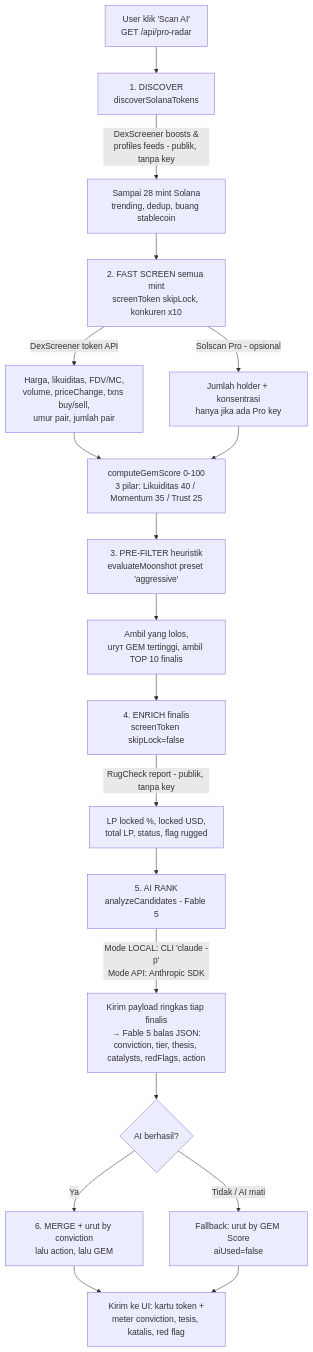
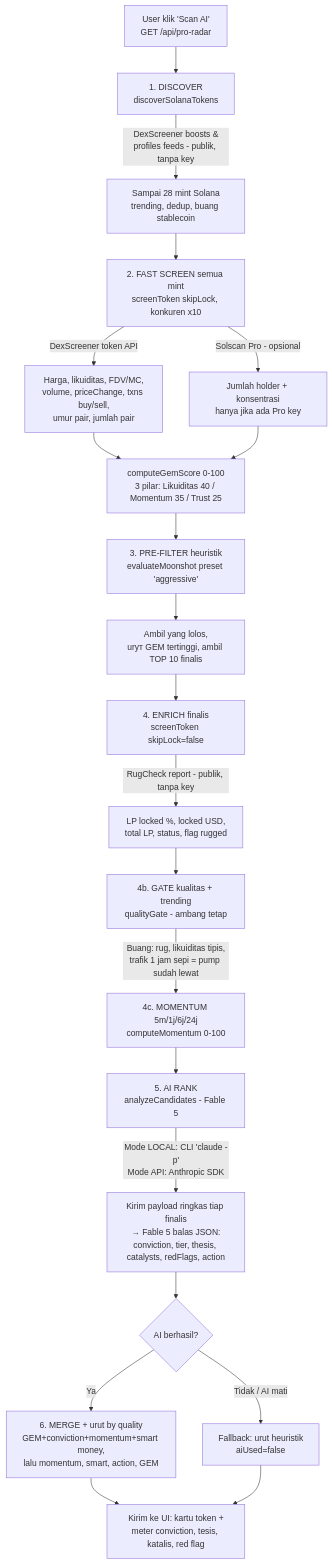
Before and after one commit to MohammadWildanAzamZami/Crypto-Sniper: the diagram in docs/PRO-RADAR.md, drawn with Mermaid. The commit also changed other lines of this file and 1 other file, not shown here.

Commit message:
docs: selaraskan PETA-TOOL & PRO-RADAR dengan fokus trending (self-tuning dihapus)

````diff
--- a/docs/PRO-RADAR.md
+++ b/docs/PRO-RADAR.md
@@ -17,27 +21,30 @@
 ```mermaid
 flowchart TD
     A[User klik 'Scan AI'<br/>GET /api/pro-radar] --> B[1. DISCOVER<br/>discoverSolanaTokens]
     B -->|DexScreener boosts &<br/>profiles feeds - publik, tanpa key| B1[Sampai 28 mint Solana<br/>trending, dedup, buang stablecoin]
 
     B1 --> C[2. FAST SCREEN semua mint<br/>screenToken skipLock, konkuren x10]
     C -->|DexScreener token API| C1[Harga, likuiditas, FDV/MC,<br/>volume, priceChange, txns buy/sell,<br/>umur pair, jumlah pair]
     C -->|Solscan Pro - opsional| C2[Jumlah holder + konsentrasi<br/>hanya jika ada Pro key]
     C1 --> D
     C2 --> D[computeGemScore 0-100<br/>3 pilar: Likuiditas 40 / Momentum 35 / Trust 25]
 
     D --> E[3. PRE-FILTER heuristik<br/>evaluateMoonshot preset 'aggressive']
     E --> E1[Ambil yang lolos,<br/>urут GEM tertinggi, ambil TOP 10 finalis]
 
     E1 --> F[4. ENRICH finalis<br/>screenToken skipLock=false]
     F -->|RugCheck report - publik, tanpa key| F1[LP locked %, locked USD,<br/>total LP, status, flag rugged]
 
-    F1 --> G[5. AI RANK<br/>analyzeCandidates - Fable 5]
+    F1 --> F2[4b. GATE kualitas + trending<br/>qualityGate - ambang tetap]
+    F2 -->|Buang: rug, likuiditas tipis,<br/>trafik 1 jam sepi = pump sudah lewat| F3[4c. MOMENTUM 5m/1j/6j/24j<br/>computeMomentum 0-100]
+
+    F3 --> G[5. AI RANK<br/>analyzeCandidates - Fable 5]
     G -->|Mode LOCAL: CLI 'claude -p'<br/>Mode API: Anthropic SDK| G1[Kirim payload ringkas tiap finalis<br/>→ Fable 5 balas JSON:<br/>conviction, tier, thesis, catalysts, redFlags, action]
 
     G1 --> H{AI berhasil?}
-    H -->|Ya| I[6. MERGE + urut by conviction<br/>lalu action, lalu GEM]
-    H -->|Tidak / AI mati| J[Fallback: urut by GEM Score<br/>aiUsed=false]
+    H -->|Ya| I[6. MERGE + urut by quality<br/>GEM+conviction+momentum+smart money,<br/>lalu momentum, smart, action, GEM]
+    H -->|Tidak / AI mati| J[Fallback: urut heuristik<br/>aiUsed=false]
 
     I --> K[Kirim ke UI: kartu token +<br/>meter conviction, tesis, katalis, red flag]
     J --> K
 ```
````
